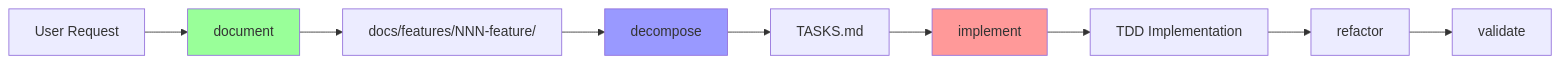
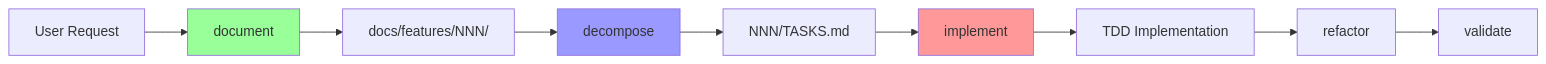
One commit to movingChurch/global-claude-settings changed the diagram in CLAUDE.md. Above: the diagram before and after it, drawn with Mermaid. The commit also changed other lines of this file and 3 other files, not shown here.

````diff
--- a/CLAUDE.md
+++ b/CLAUDE.md
@@ -18,15 +19,15 @@
 ```mermaid
 graph LR
     A[User Request] --> B[document]
-    B --> C[docs/features/NNN-feature/]
+    B --> C[docs/features/NNN/]
     C --> D[decompose]
-    D --> E[TASKS.md]
+    D --> E[NNN/TASKS.md]
     E --> F[implement]
     F --> G[TDD Implementation]
     G --> H[refactor]
     H --> I[validate]
     
     style B fill:#9f9
     style D fill:#99f
     style F fill:#f99
 ```
````
